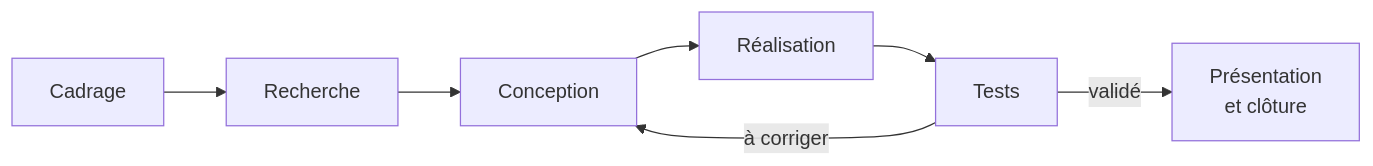
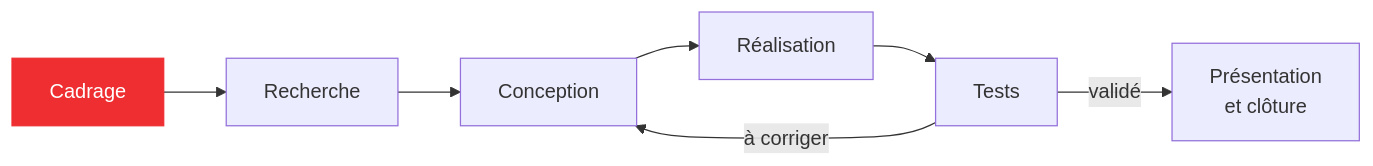
Before and after one commit to Makerspace-Amiens/doc.makerspace-amiens.fr: the diagram in _workshops/methodologie-de-projet/slides/introduction-methodologie.md, drawn with Mermaid. The commit also changed other lines of this file and 3 other files, not shown here.

````diff
--- a/_workshops/methodologie-de-projet/slides/introduction-methodologie.md
+++ b/_workshops/methodologie-de-projet/slides/introduction-methodologie.md
@@ -41,9 +76,10 @@
 ```mermaid!
 graph LR
     A[Cadrage] --> B[Recherche]
     B --> C[Conception]
     C --> D[Réalisation]
     D --> E[Tests]
     E -->|à corriger| C
     E -->|validé| F[Présentation<br/>et clôture]
+    style A fill:#ef2e31,stroke:#ef2e31,color:#ffffff
 ```
````
